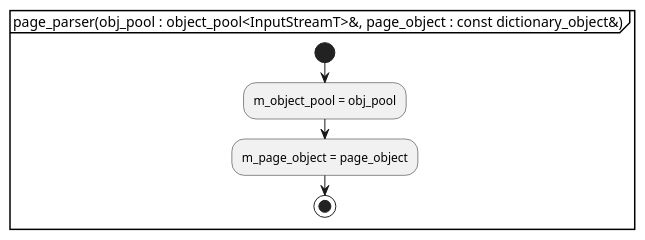
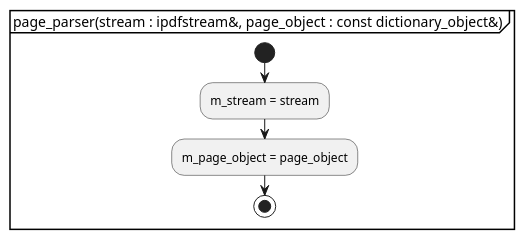
Before and after one commit to KodaiYM/PDFReader: the first of 2 diagrams in document/document_reader/page_tree_parser/page_parser/page_parser.activity.pu, drawn with PlantUML. The commit also changed other lines of this file and 38 other files, not shown here.

Commit message:
object_pool 周りの依存関係の修正

```diff
--- a/document/document_reader/page_tree_parser/page_parser/page_parser.activity.pu
+++ b/document/document_reader/page_tree_parser/page_parser/page_parser.activity.pu
@@ -1,8 +1,8 @@
 @startuml page_parser
-partition "page_parser(obj_pool : object_pool<InputStreamT>&, page_object : const dictionary_object&)" {
+partition "page_parser(stream : ipdfstream&, page_object : const dictionary_object&)" {
 start
-	:m_object_pool = obj_pool;
+	:m_stream = stream;
 	:m_page_object = page_object;
 stop
 }
 @enduml
```
